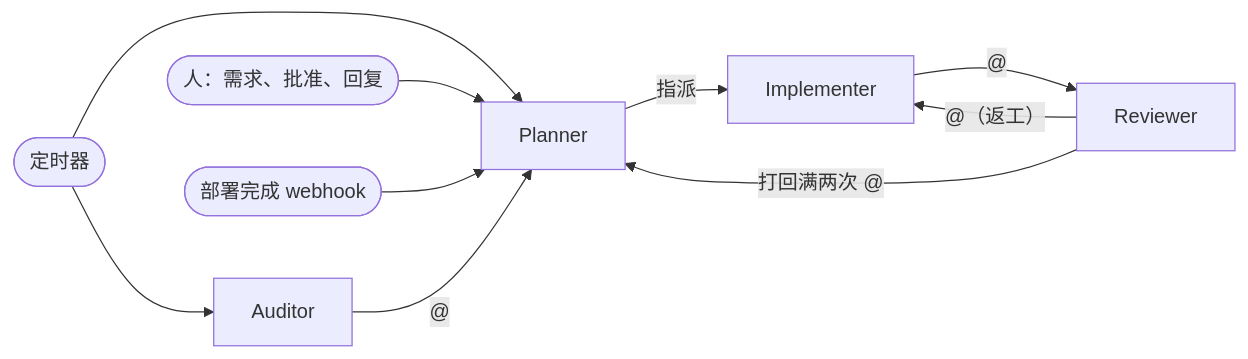
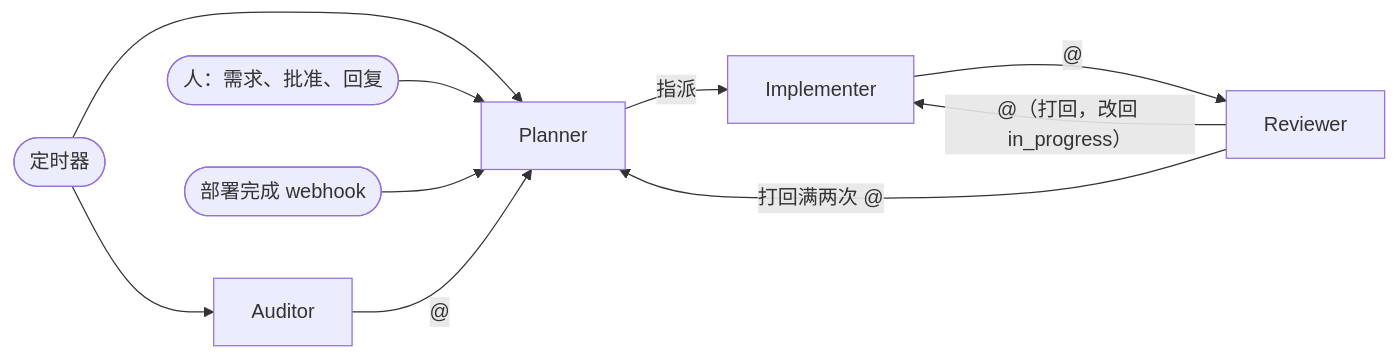
The diagram in docs/concepts/roles.md (autoteam-ai/autoteam), drawn with Mermaid before and after one commit. The commit also changed other lines of this file and 11 other files, not shown here.

````diff
--- a/docs/concepts/roles.md
+++ b/docs/concepts/roles.md
@@ -30,12 +30,12 @@
 ```mermaid
 flowchart LR
     CRON(["定时器"]) --> P["Planner"]
     CRON --> AU["Auditor"]
     HUMAN(["人：需求、批准、回复"]) --> P
     DEPLOY(["部署完成 webhook"]) --> P
     AU -->|"@"| P
     P -->|"指派"| I["Implementer"]
     I -->|"@"| R["Reviewer"]
-    R -->|"@（返工）"| I
+    R -->|"@（打回，改回 in_progress）"| I
     R -->|"打回满两次 @"| P
 ```
````
